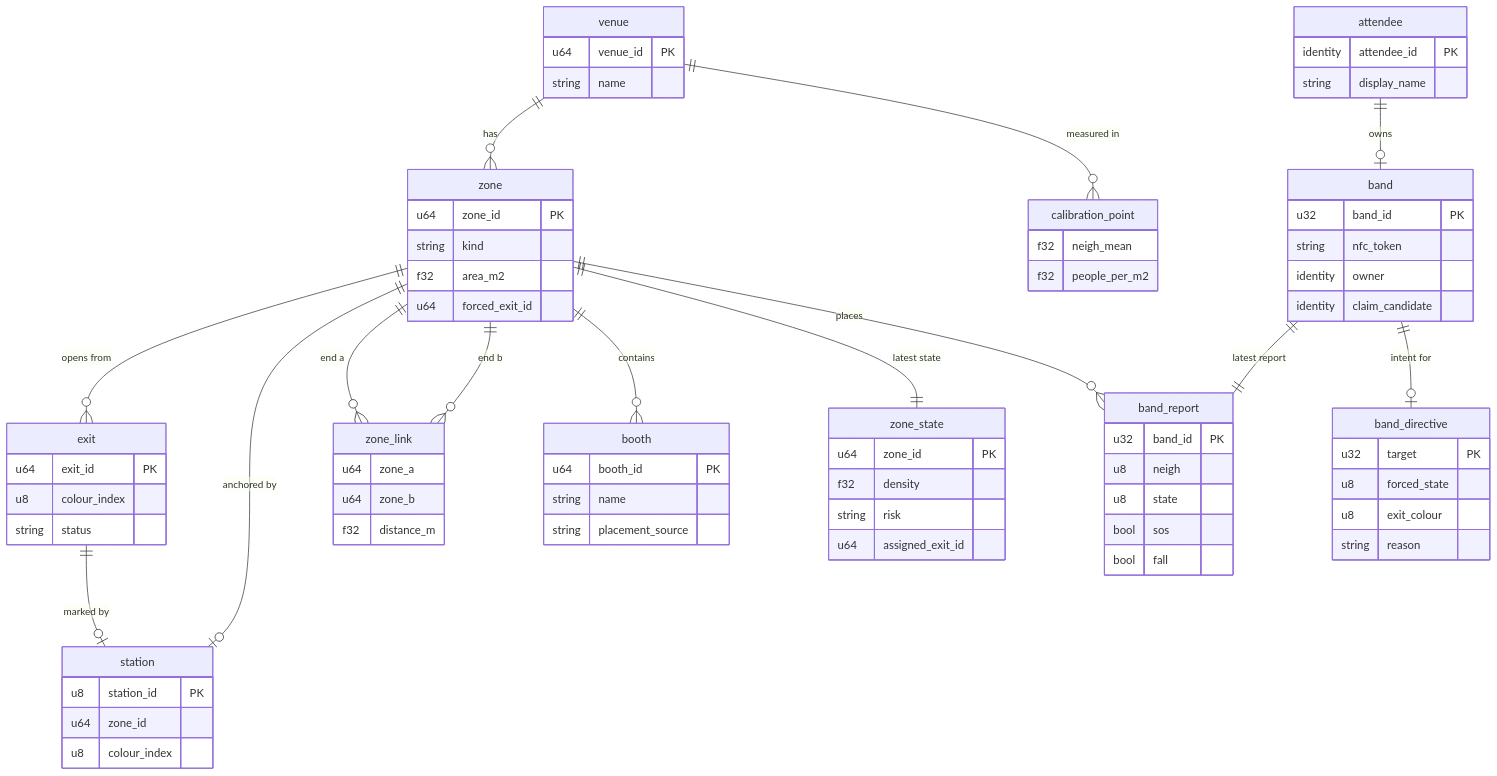
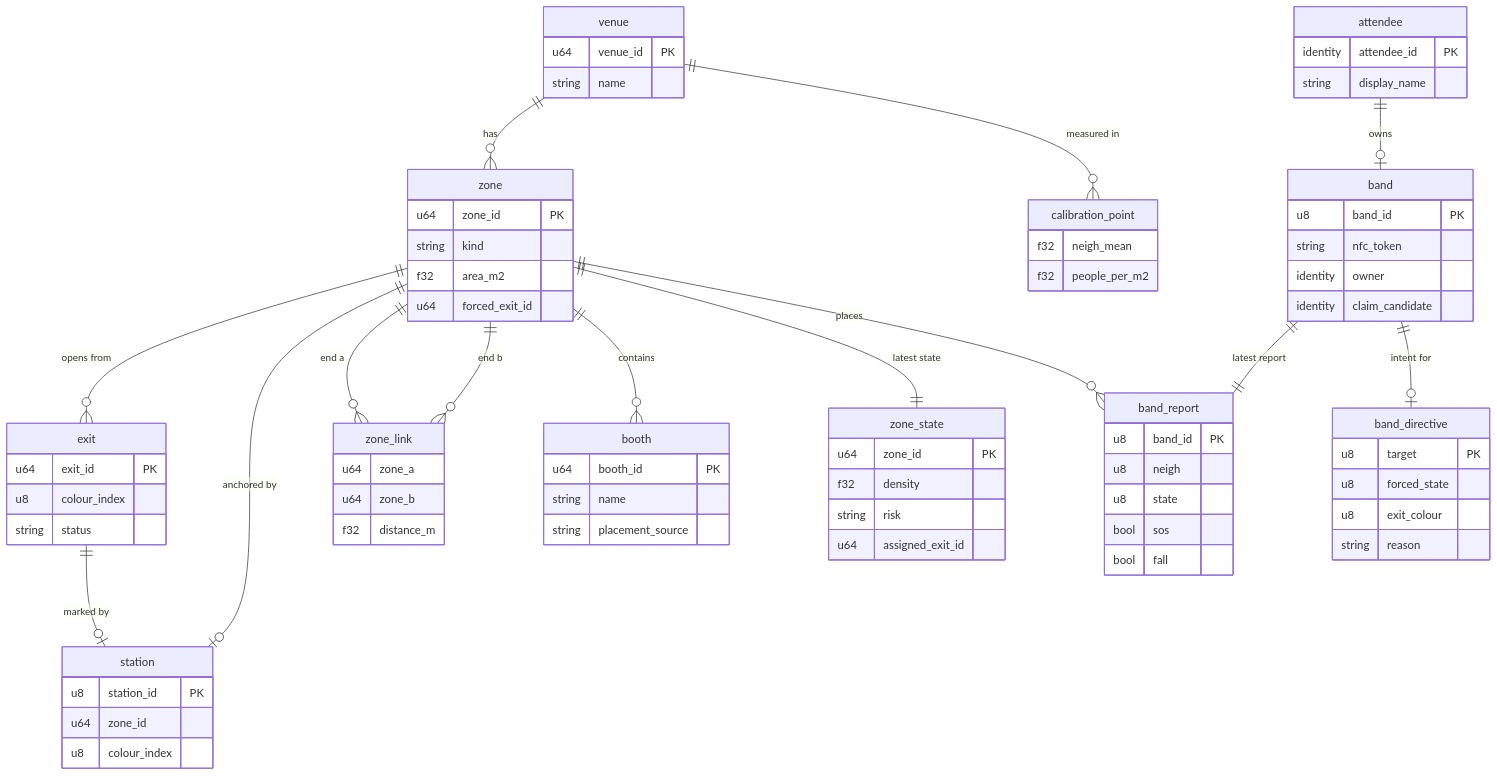
Before and after one commit to viktorinkov/cal-hacks-13: the second of 4 diagrams in System Design/2-data/SpacetimeDB.md, drawn with Mermaid. The commit also changed other lines of this file and 19 other files, not shown here.

````diff
--- a/System Design/2-data/SpacetimeDB.md
+++ b/System Design/2-data/SpacetimeDB.md
@@ -520,79 +529,79 @@
 ```mermaid
 erDiagram
   venue ||--o{ zone : has
   zone ||--o{ exit : "opens from"
   zone ||--o| station : "anchored by"
   exit ||--o| station : "marked by"
   zone ||--o{ zone_link : "end a"
   zone ||--o{ zone_link : "end b"
   zone ||--o{ booth : contains
   venue ||--o{ calibration_point : "measured in"
   zone ||--|| zone_state : "latest state"
   attendee ||--o| band : owns
   band ||--|| band_report : "latest report"
   band ||--o| band_directive : "intent for"
   zone ||--o{ band_report : places
   venue {
     u64 venue_id PK
     string name
   }
   zone {
     u64 zone_id PK
     string kind
     f32 area_m2
     u64 forced_exit_id
   }
   zone_link {
     u64 zone_a
     u64 zone_b
     f32 distance_m
   }
   exit {
     u64 exit_id PK
     u8 colour_index
     string status
   }
   station {
     u8 station_id PK
     u64 zone_id
     u8 colour_index
   }
   booth {
     u64 booth_id PK
     string name
     string placement_source
   }
   calibration_point {
     f32 neigh_mean
     f32 people_per_m2
   }
   attendee {
     identity attendee_id PK
     string display_name
   }
   band {
-    u32 band_id PK
+    u8 band_id PK
     string nfc_token
     identity owner
     identity claim_candidate
   }
   band_report {
-    u32 band_id PK
+    u8 band_id PK
     u8 neigh
     u8 state
     bool sos
     bool fall
   }
   zone_state {
     u64 zone_id PK
     f32 density
     string risk
     u64 assigned_exit_id
   }
   band_directive {
-    u32 target PK
+    u8 target PK
     u8 forced_state
     u8 exit_colour
     string reason
   }
 ```
````
